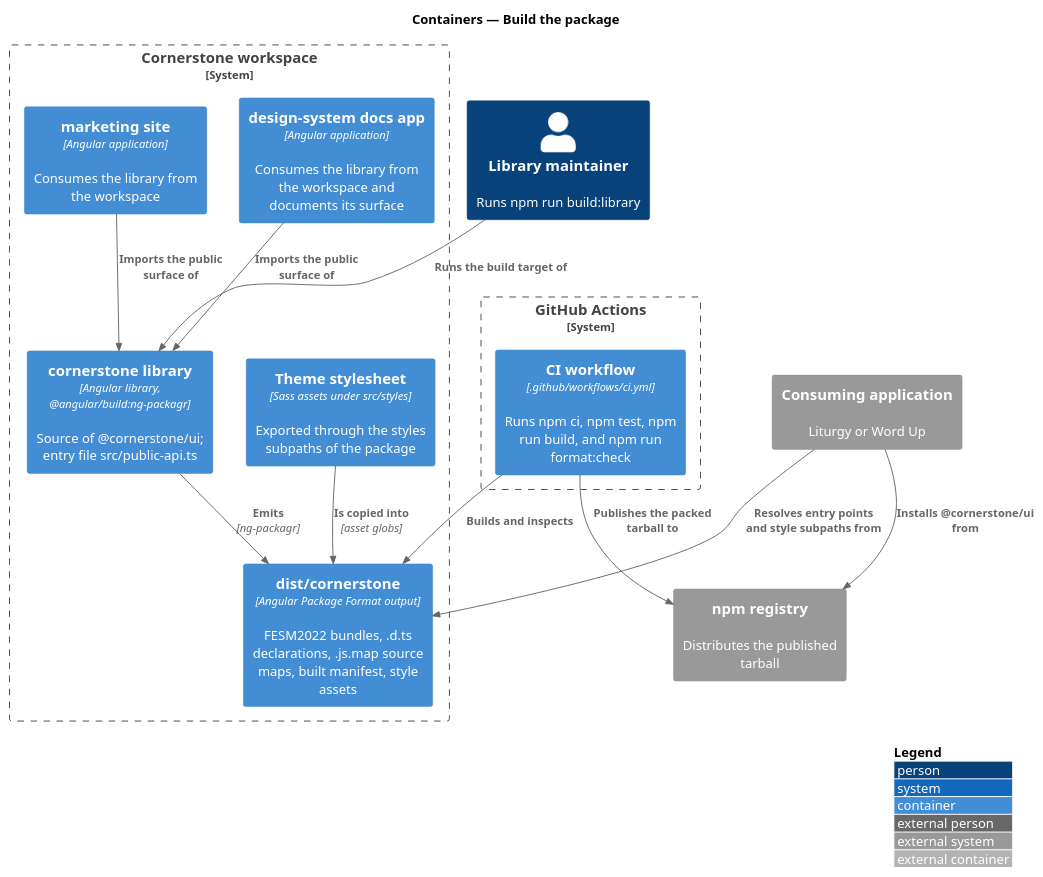
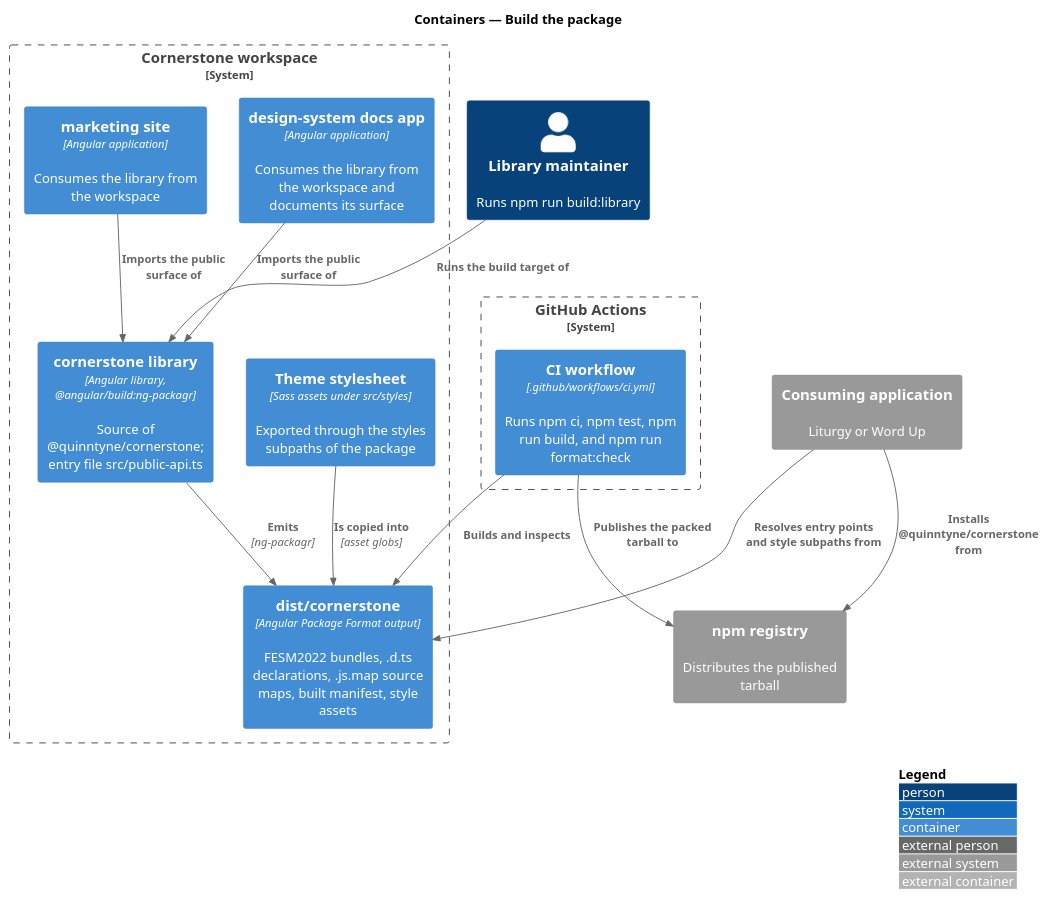
Before and after one commit to QuinntyneBrown/Cornerstone: the diagram in docs/detailed-designs/delivery/build-the-package/diagrams/c4-container.puml, drawn with PlantUML. The commit also changed 125 other files, not shown here.

```diff
--- a/docs/detailed-designs/delivery/build-the-package/diagrams/c4-container.puml
+++ b/docs/detailed-designs/delivery/build-the-package/diagrams/c4-container.puml
@@ -1,32 +1,32 @@
 @startuml
 !include <C4/C4_Container>
 LAYOUT_WITH_LEGEND()
 title Containers — Build the package
 
 Person(maintainer, "Library maintainer", "Runs npm run build:library")
 
 System_Boundary(cornerstone, "Cornerstone workspace") {
-  Container(lib, "cornerstone library", "Angular library, @angular/build:ng-packagr", "Source of @cornerstone/ui; entry file src/public-api.ts")
+  Container(lib, "cornerstone library", "Angular library, @angular/build:ng-packagr", "Source of @quinntyne/cornerstone; entry file src/public-api.ts")
   Container(theme, "Theme stylesheet", "Sass assets under src/styles", "Exported through the styles subpaths of the package")
   Container(docs, "design-system docs app", "Angular application", "Consumes the library from the workspace and documents its surface")
   Container(site, "marketing site", "Angular application", "Consumes the library from the workspace")
   Container(artifact, "dist/cornerstone", "Angular Package Format output", "FESM2022 bundles, .d.ts declarations, .js.map source maps, built manifest, style assets")
 }
 
 System_Boundary(ci, "GitHub Actions") {
   Container(verify, "CI workflow", ".github/workflows/ci.yml", "Runs npm ci, npm test, npm run build, and npm run format:check")
 }
 
 System_Ext(npm, "npm registry", "Distributes the published tarball")
 System_Ext(app, "Consuming application", "Liturgy or Word Up")
 
 Rel(maintainer, lib, "Runs the build target of")
 Rel(lib, artifact, "Emits", "ng-packagr")
 Rel(theme, artifact, "Is copied into", "asset globs")
 Rel(docs, lib, "Imports the public surface of")
 Rel(site, lib, "Imports the public surface of")
 Rel(verify, artifact, "Builds and inspects")
 Rel(verify, npm, "Publishes the packed tarball to")
-Rel(app, npm, "Installs @cornerstone/ui from")
+Rel(app, npm, "Installs @quinntyne/cornerstone from")
 Rel(app, artifact, "Resolves entry points and style subpaths from")
 @enduml
```
